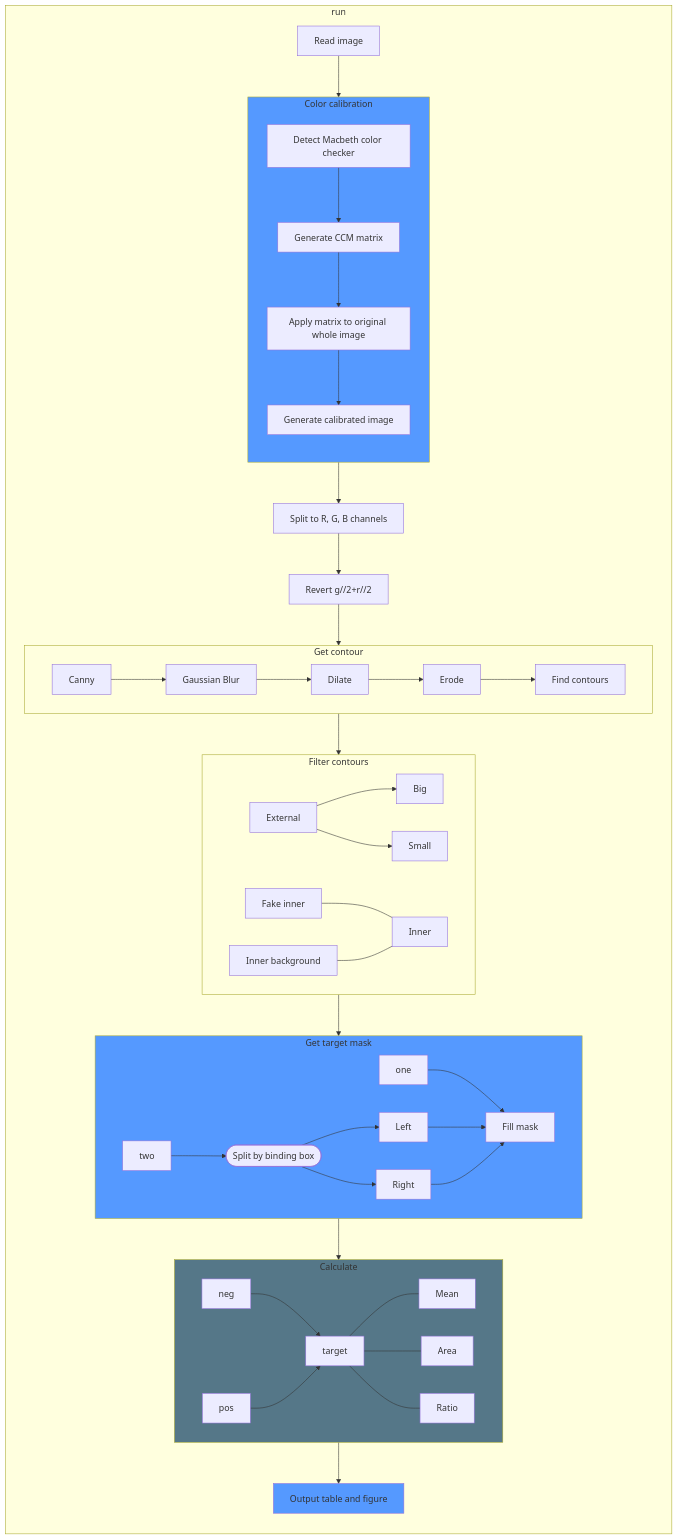
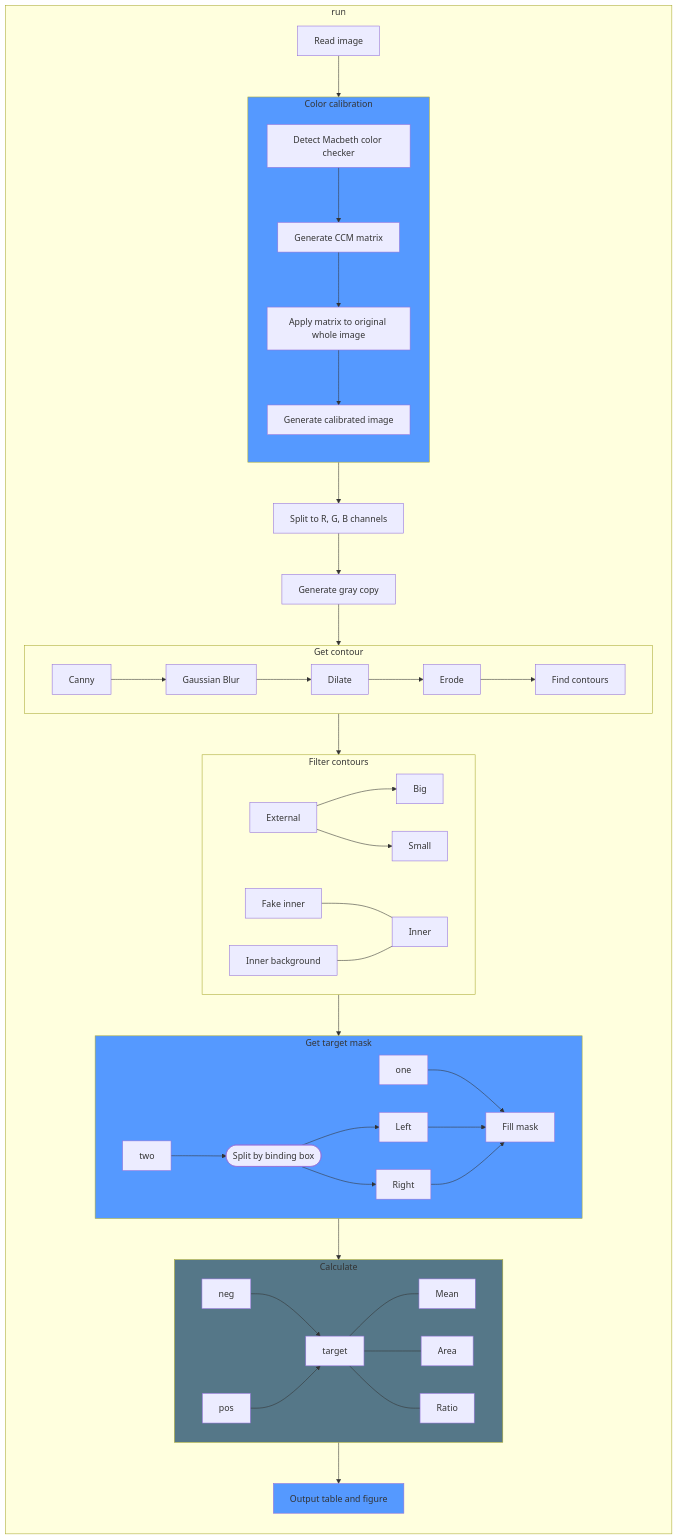
Before and after one commit to wpwupingwp/pyGUS: the second of 2 diagrams in README.md, drawn with Mermaid.

Commit message:
update flowchart

````diff
--- a/README.md
+++ b/README.md
@@ -360,51 +360,51 @@
 ```mermaid
 flowchart LR
     subgraph run
         g1[Read image]
         g1.5[[Color calibration]]
         g2[Split to R, G, B channels]
-        g3[Revert g//2+r//2]
+        g3[Generate gray copy]
         g4[Get edge]
         g5[Filter contours]
         g6[Get target mask]
         g7[Calculate]
         g8[Output table and figure]
         g1 --> g1.5 --> g2 --> g3 --> g4 --> g5 --> g6 --> g7 --> g8 
         style g1.5 fill:#59f
         style g6 fill:#59f
         style g7 fill:#557788
         style g8 fill:#59f
     end
     subgraph g1.5[Color calibration]
         direction TB
         c1[Detect Macbeth color checker]
         c2[Generate CCM matrix]
         c3[Apply matrix to original whole image]
         c4[Generate calibrated image]
         c1 --> c2 --> c3 --> c4
     end
     subgraph g4[Get contour]
         direction LR
         g41[Canny] --> g42[Gaussian Blur] --> g43[Dilate] --> g44[Erode]
         g44 --> g45[Find contours]
     end
     subgraph g5[Filter contours]
         direction LR
         g51[External] --> Big & Small 
         g52[Inner]
         g53[Fake inner]
         g54[Inner background]
         g53 & g54 --- g52
     end
     subgraph g6[Get target mask]
         direction LR
         one
         two --> s([Split by binding box]) --> Left & Right
         one & Left & Right --> f[Fill mask]
     end
     subgraph g7[Calculate]
         direction LR
         neg & pos --> target --- Mean & Area & Ratio
     end
 
 ```
````
